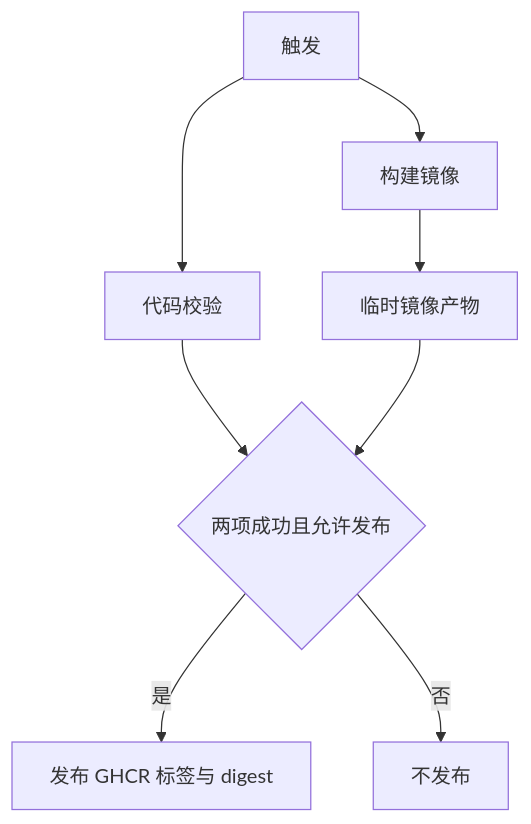
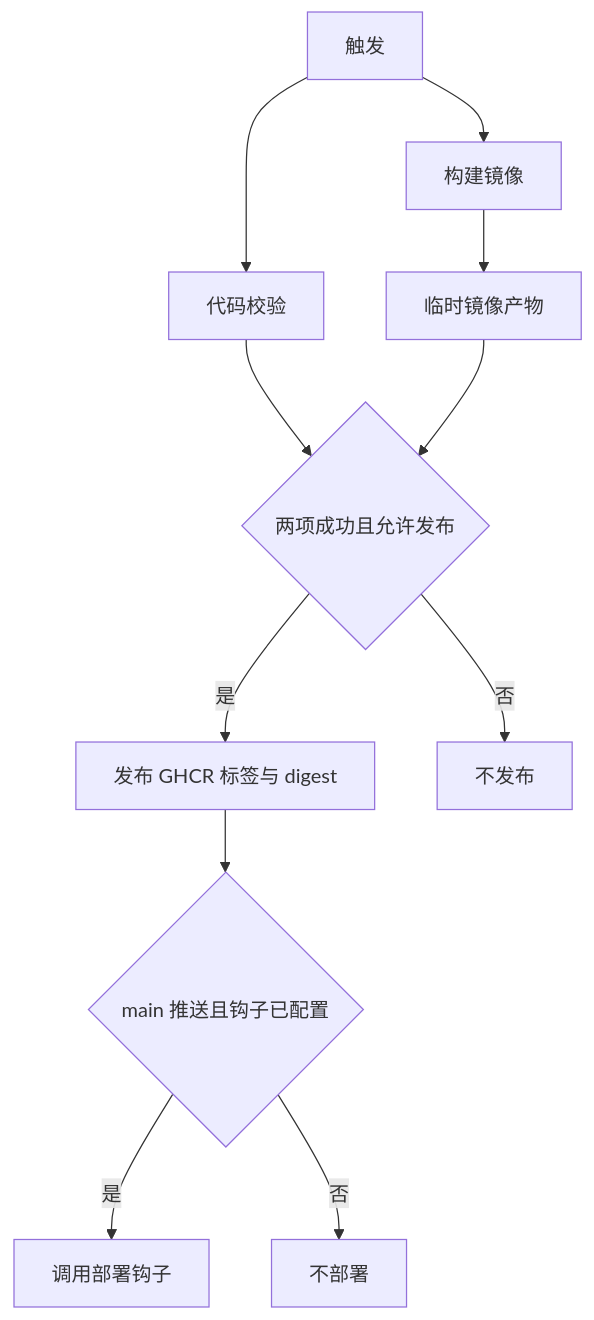
The diagram in spec/spec-process-cicd-build.md (Cyenoch/spelltype), drawn with Mermaid before and after one commit. The commit also changed other lines of this file and 3 other files, not shown here.

First line of the commit message:
ci: trigger the Dokploy deploy hook after publishing on main

````diff
--- a/spec/spec-process-cicd-build.md
+++ b/spec/spec-process-cicd-build.md
@@ -18,10 +20,13 @@
 ```mermaid
 graph TD
     Trigger[触发] --> Verify[代码校验]
     Trigger --> Image[构建镜像]
     Image --> Artifact[临时镜像产物]
     Verify --> Gate{两项成功且允许发布}
     Artifact --> Gate
     Gate -->|是| Publish[发布 GHCR 标签与 digest]
     Gate -->|否| End[不发布]
+    Publish --> Hook{main 推送且钩子已配置}
+    Hook -->|是| Deploy[调用部署钩子]
+    Hook -->|否| Skipped[不部署]
 ```
````
